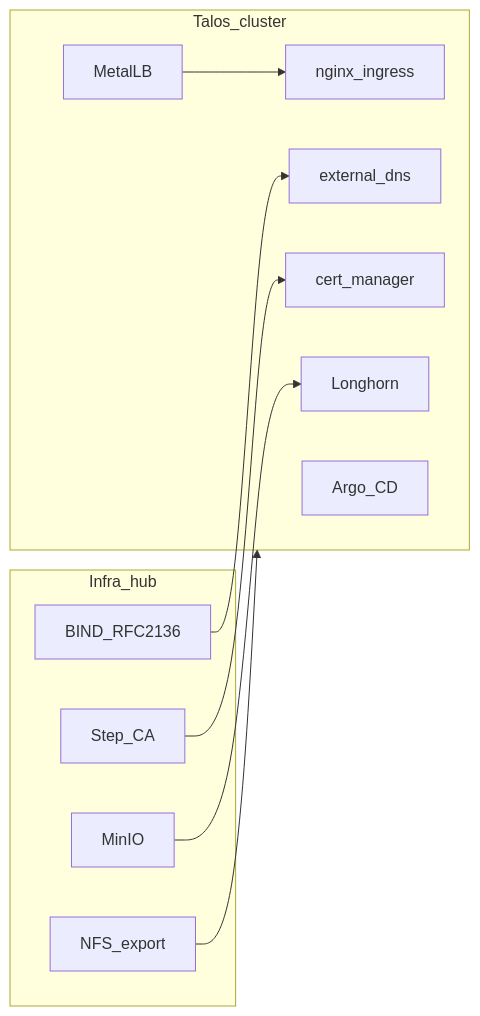
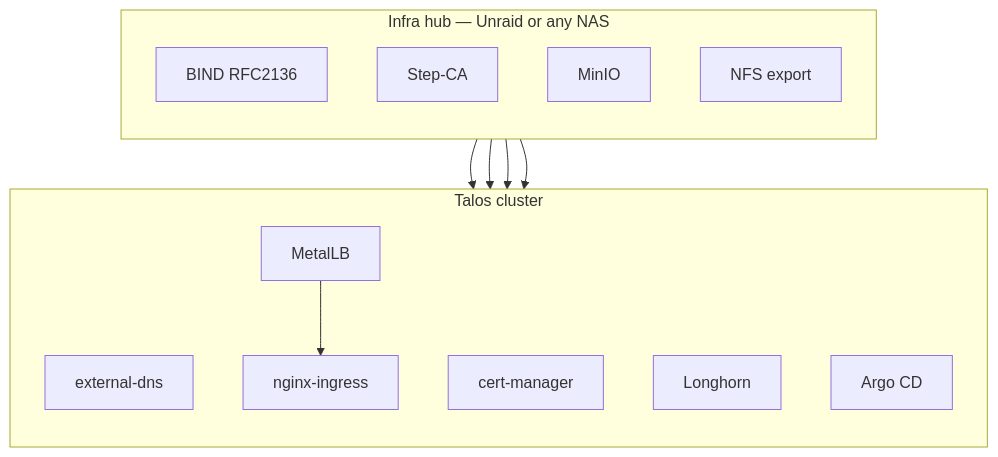
One commit to jslay88/homelab-gitops-starter changed the second of 3 diagrams in docs/architecture.md. Above: the diagram before and after it, drawn with Mermaid. The commit also changed 3 other files, not shown here.

Commit message:
Stack the cluster-vs-NAS mermaid top-to-bottom so it fits the narrow docs column.

````diff
--- a/docs/architecture.md
+++ b/docs/architecture.md
@@ -29,22 +29,22 @@
 ```mermaid
-flowchart LR
-  subgraph unraid [Infra_hub]
-    Bind["BIND_RFC2136"]
-    StepCA["Step_CA"]
-    Minio["MinIO"]
-    Nfs["NFS_export"]
+flowchart TB
+  subgraph hub["Infra hub — Unraid or any NAS"]
+    direction TB
+    Bind[BIND RFC2136]
+    StepCA[Step-CA]
+    Minio[MinIO]
+    Nfs[NFS export]
   end
-  subgraph cluster [Talos_cluster]
-    Argo["Argo_CD"]
-    Mlb["MetalLB"]
-    Ing["nginx_ingress"]
-    Lh["Longhorn"]
-    Cm["cert_manager"]
-    Edns["external_dns"]
+  subgraph cluster["Talos cluster"]
+    direction TB
+    Edns[external-dns]
+    Cm[cert-manager]
+    Lh[Longhorn]
+    Mlb[MetalLB] --> Ing[nginx-ingress]
+    Argo[Argo CD]
   end
   Bind --> Edns
   StepCA --> Cm
   Minio --> Lh
-  Nfs --> cluster
-  Mlb --> Ing
+  Nfs --> Lh
 ```
````
